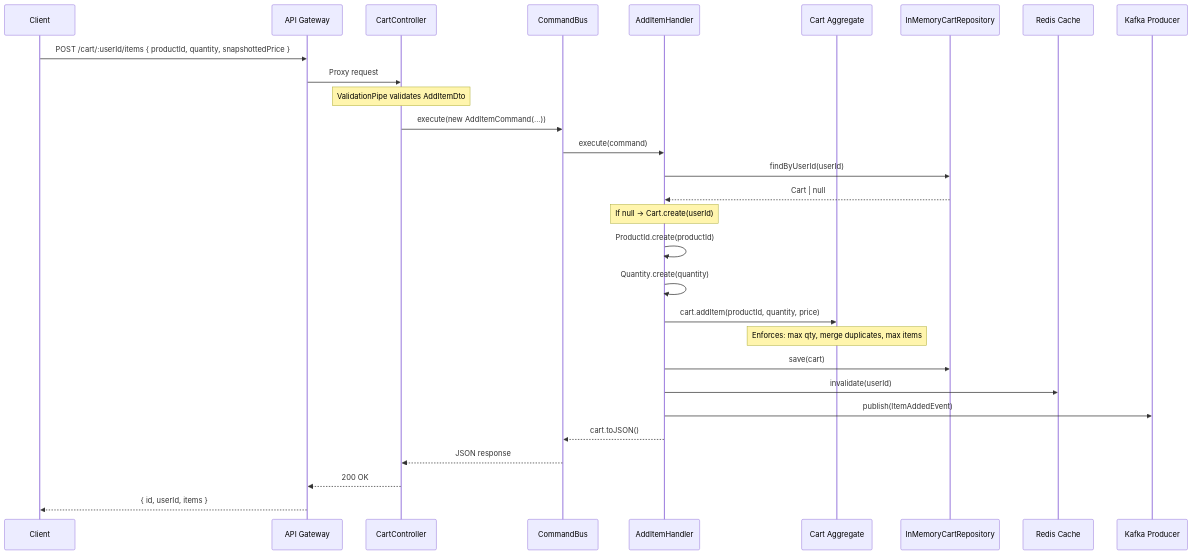
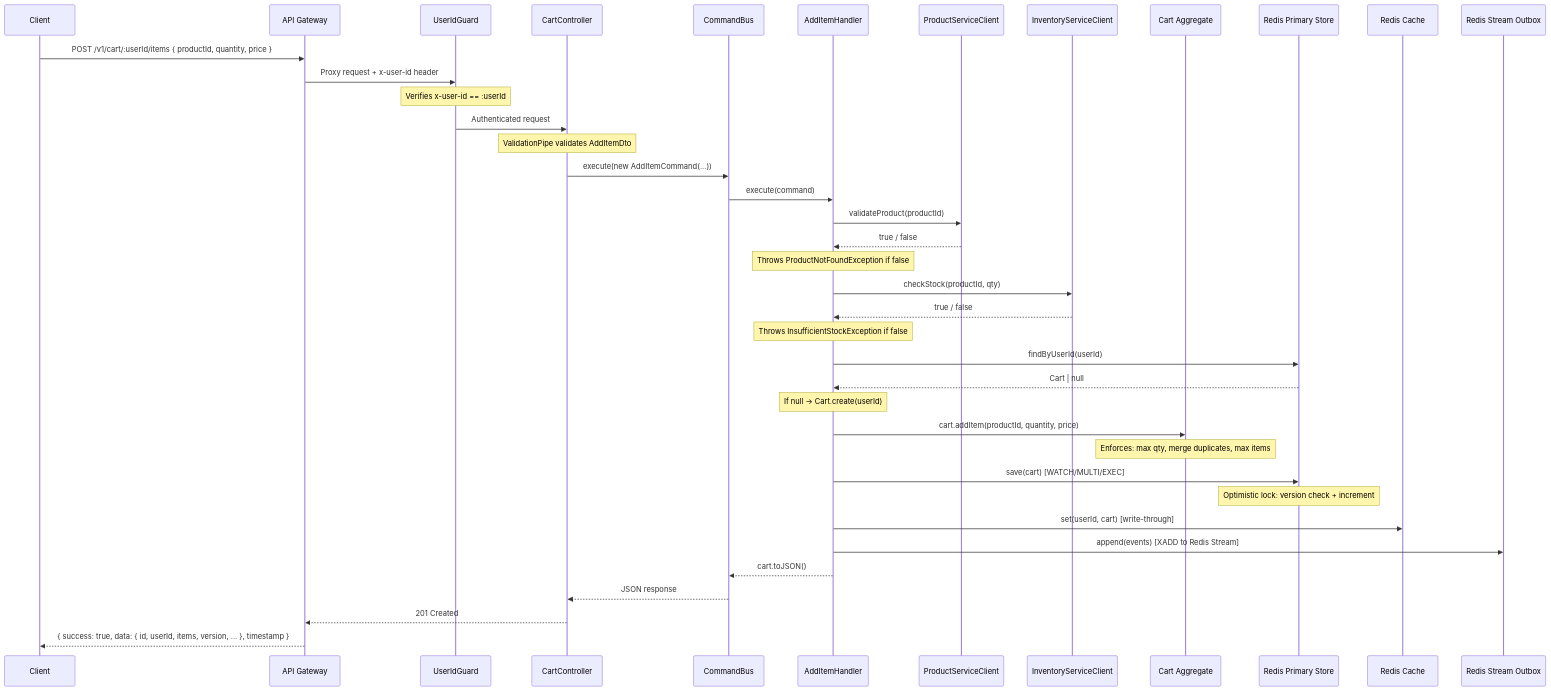
The second of 4 diagrams in apps/cart-service/docs/cart-service-architecture.md (thachda0106/scalable-ecommerce-microservices), drawn with Mermaid before and after one commit. The commit also changed other lines of this file and 3 other files, not shown here.

First line of the commit message:
docs(cart-service): update README and architecture docs for production-ready state

````diff
--- a/apps/cart-service/docs/cart-service-architecture.md
+++ b/apps/cart-service/docs/cart-service-architecture.md
@@ -162,36 +195,48 @@
 ```mermaid
 sequenceDiagram
     participant Client
     participant Gateway as API Gateway
+    participant Guard as UserIdGuard
     participant Controller as CartController
     participant Bus as CommandBus
     participant Handler as AddItemHandler
+    participant Product as ProductServiceClient
+    participant Inventory as InventoryServiceClient
     participant Domain as Cart Aggregate
-    participant Repo as InMemoryCartRepository
+    participant Repo as Redis Primary Store
     participant Cache as Redis Cache
-    participant Kafka as Kafka Producer
+    participant Outbox as Redis Stream Outbox
 
-    Client->>Gateway: POST /cart/:userId/items { productId, quantity, snapshottedPrice }
-    Gateway->>Controller: Proxy request
+    Client->>Gateway: POST /v1/cart/:userId/items { productId, quantity, price }
+    Gateway->>Guard: Proxy request + x-user-id header
+    Note over Guard: Verifies x-user-id == :userId
+    Guard->>Controller: Authenticated request
     Note over Controller: ValidationPipe validates AddItemDto
     Controller->>Bus: execute(new AddItemCommand(...))
     Bus->>Handler: execute(command)
+
+    Handler->>Product: validateProduct(productId)
+    Product-->>Handler: true / false
+    Note over Handler: Throws ProductNotFoundException if false
+
+    Handler->>Inventory: checkStock(productId, qty)
+    Inventory-->>Handler: true / false
+    Note over Handler: Throws InsufficientStockException if false
 
     Handler->>Repo: findByUserId(userId)
     Repo-->>Handler: Cart | null
     Note over Handler: If null → Cart.create(userId)
 
-    Handler->>Handler: ProductId.create(productId)
-    Handler->>Handler: Quantity.create(quantity)
     Handler->>Domain: cart.addItem(productId, quantity, price)
     Note over Domain: Enforces: max qty, merge duplicates, max items
 
-    Handler->>Repo: save(cart)
-    Handler->>Cache: invalidate(userId)
-    Handler->>Kafka: publish(ItemAddedEvent)
+    Handler->>Repo: save(cart) [WATCH/MULTI/EXEC]
+    Note over Repo: Optimistic lock: version check + increment
+    Handler->>Cache: set(userId, cart) [write-through]
+    Handler->>Outbox: append(events) [XADD to Redis Stream]
 
     Handler-->>Bus: cart.toJSON()
     Bus-->>Controller: JSON response
-    Controller-->>Gateway: 200 OK
-    Gateway-->>Client: { id, userId, items }
+    Controller-->>Gateway: 201 Created
+    Gateway-->>Client: { success: true, data: { id, userId, items, version, ... }, timestamp }
 ```
````
